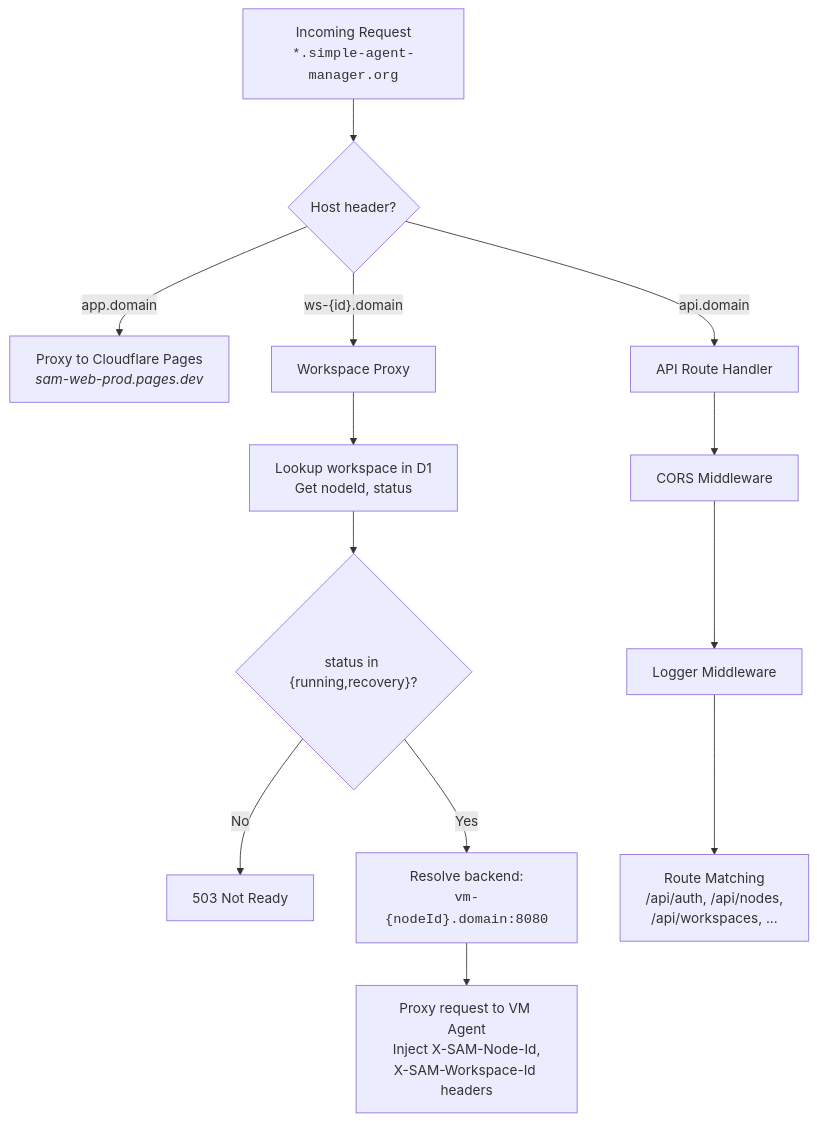
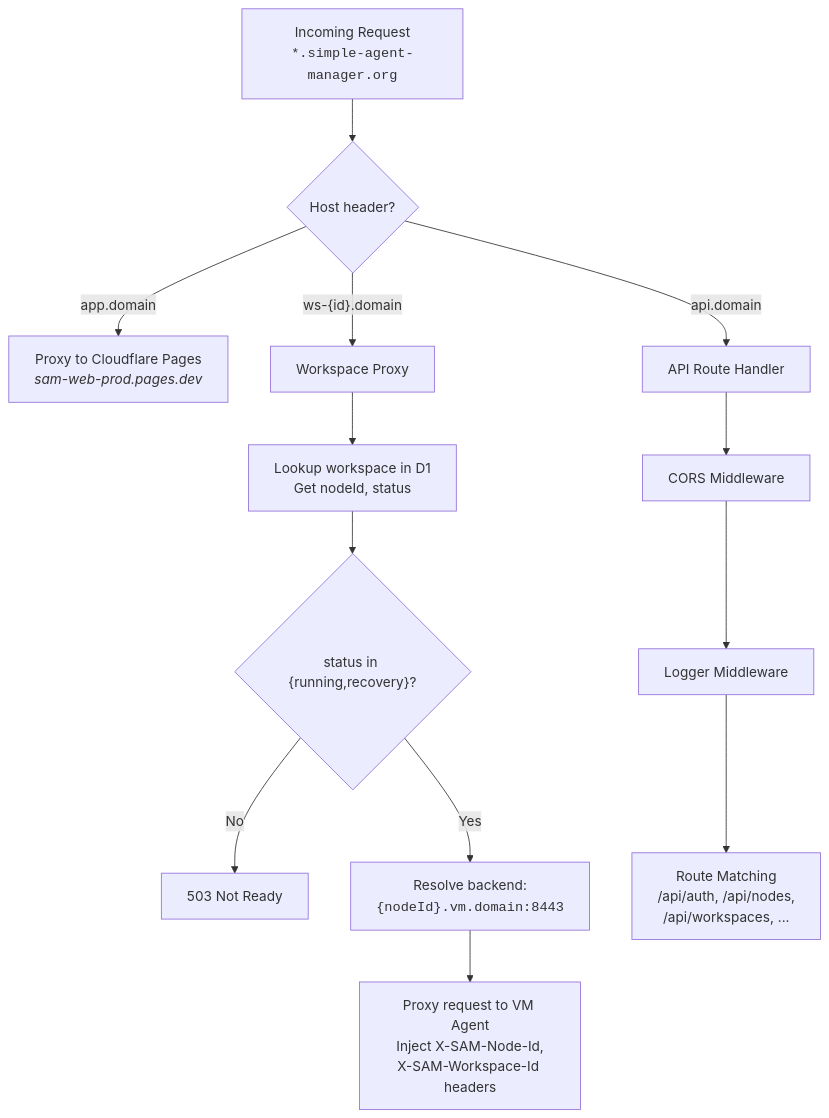
One commit to raphaeltm/simple-agent-manager changed the second of 17 diagrams in docs/architecture/walkthrough.md. Above: the diagram before and after it, drawn with Mermaid. The commit also changed other lines of this file and 14 other files, not shown here.

````diff
--- a/docs/architecture/walkthrough.md
+++ b/docs/architecture/walkthrough.md
@@ -91,20 +91,20 @@
 ```mermaid
 flowchart TD
     Request["Incoming Request<br/><code>*.simple-agent-manager.org</code>"]
 
     Request --> HostCheck{"Host header?"}
 
     HostCheck -->|"app.domain"| ProxyPages["Proxy to Cloudflare Pages<br/><i>sam-web-prod.pages.dev</i>"]
     HostCheck -->|"ws-{id}.domain"| WSProxy["Workspace Proxy"]
     HostCheck -->|"api.domain"| APIRoutes["API Route Handler"]
 
     WSProxy --> LookupDB["Lookup workspace in D1<br/>Get nodeId, status"]
     LookupDB --> StatusCheck{"status in {running,recovery}?"}
     StatusCheck -->|No| Return503["503 Not Ready"]
-    StatusCheck -->|Yes| ResolveNode["Resolve backend:<br/><code>vm-{nodeId}.domain:8080</code>"]
+    StatusCheck -->|Yes| ResolveNode["Resolve backend:<br/><code>{nodeId}.vm.domain:8443</code>"]
     ResolveNode --> ProxyVM["Proxy request to VM Agent<br/>Inject X-SAM-Node-Id,<br/>X-SAM-Workspace-Id headers"]
 
     APIRoutes --> CORS["CORS Middleware"]
     CORS --> Logger["Logger Middleware"]
     Logger --> Routes["Route Matching<br/>/api/auth, /api/nodes,<br/>/api/workspaces, ..."]
 ```
````
